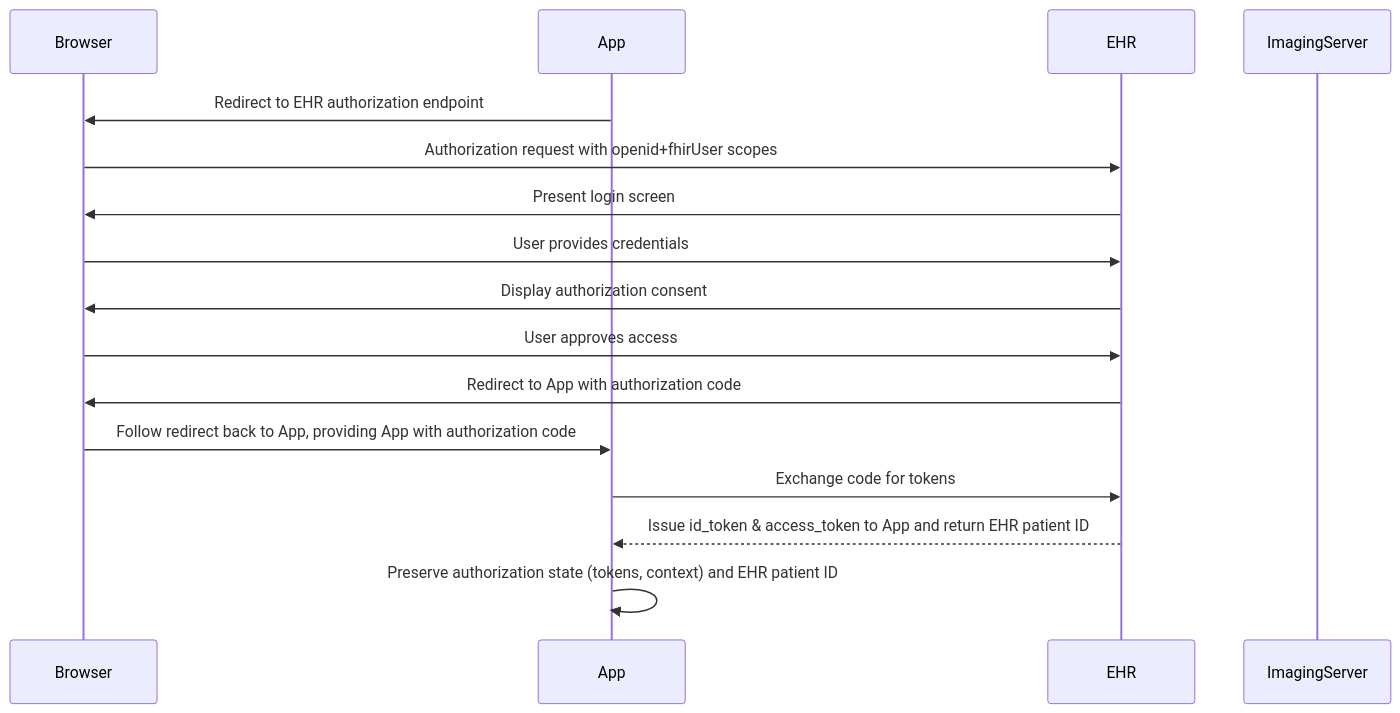
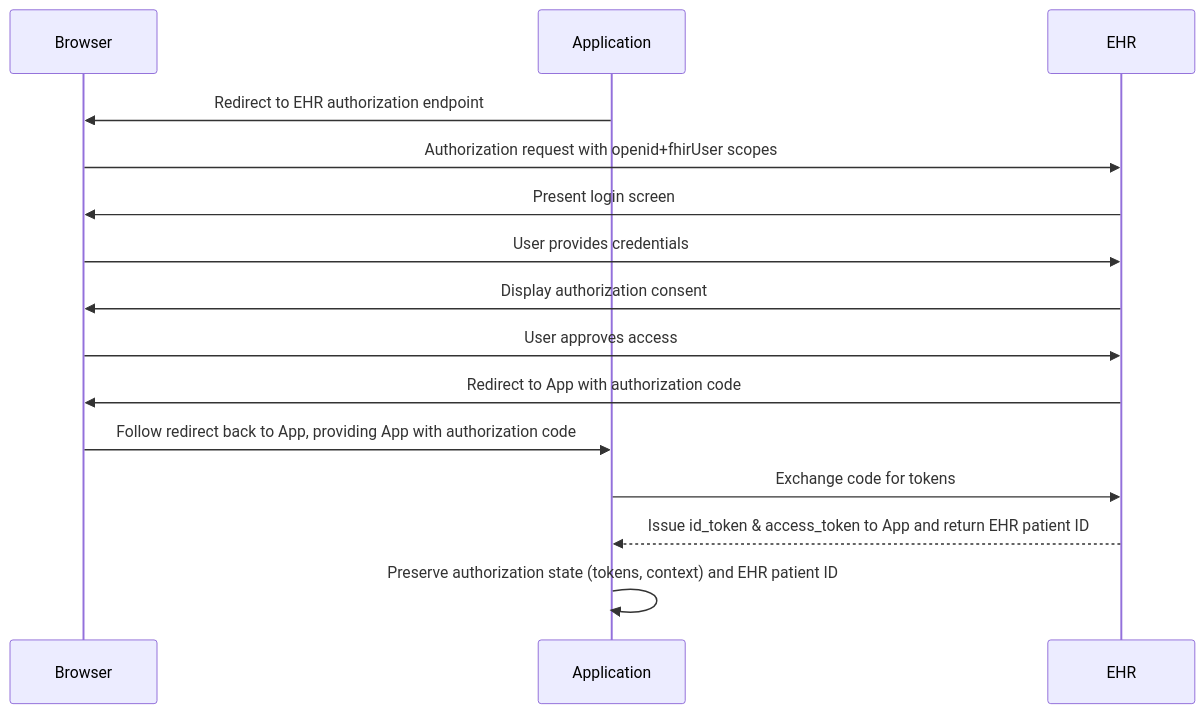
The second of 4 diagrams in input/pagecontent/solution-dual-smart-launch.md (bvdh/smart-multi-auth), drawn with Mermaid before and after one commit. The commit also changed other lines of this file, not shown here.

````diff
--- a/input/pagecontent/solution-dual-smart-launch.md
+++ b/input/pagecontent/solution-dual-smart-launch.md
@@ -83,19 +83,18 @@
 ```mermaid
 sequenceDiagram
     participant Browser
-    participant App
+    participant App as Application
     participant EHR
-    participant ImagingServer
     
     App->>Browser: Redirect to EHR authorization endpoint
     Browser->>EHR: Authorization request with openid+fhirUser scopes
     EHR->>Browser: Present login screen
     Browser->>EHR: User provides credentials
     EHR->>Browser: Display authorization consent
     Browser->>EHR: User approves access
     EHR->>Browser: Redirect to App with authorization code
     Browser->>App: Follow redirect back to App, providing App with authorization code
     App->>EHR: Exchange code for tokens
     EHR-->>App: Issue id_token & access_token to App and return EHR patient ID
     App->>App: Preserve authorization state (tokens, context) and EHR patient ID
 ```
````
